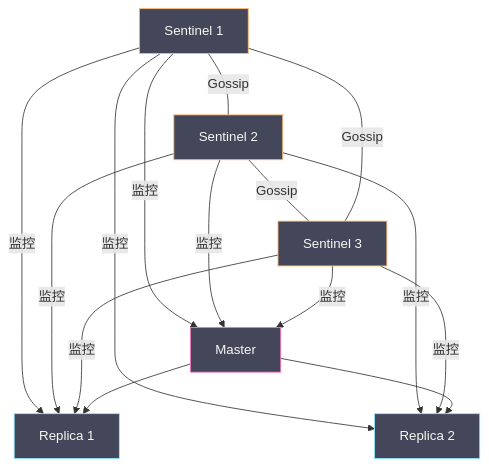
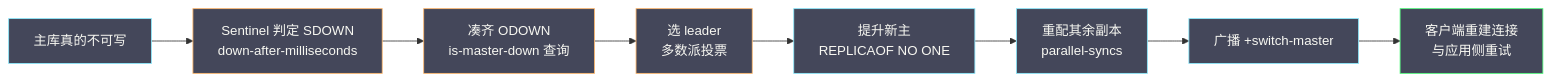
The fifth of 6 diagrams in content/中间件/Redis/Redis设计与实现/09 主从复制与 Sentinel 高可用.md (hpliStartAgain/my-brain), drawn with Mermaid before and after one commit. The commit also changed other lines of this file and 455 other files, not shown here.

````diff
--- a/content/中间件/Redis/Redis设计与实现/09 主从复制与 Sentinel 高可用.md
+++ b/content/中间件/Redis/Redis设计与实现/09 主从复制与 Sentinel 高可用.md
@@ -230,30 +462,18 @@
 ```mermaid
 %%{init: {'theme': 'dracula'}}%%
-graph TD
-    S1["Sentinel 1"] ---|"Gossip"| S2["Sentinel 2"]
-    S2 ---|"Gossip"| S3["Sentinel 3"]
-    S1 ---|"Gossip"| S3
+flowchart LR
+    A["主库真的不可写"] --> B["Sentinel 判定 SDOWN<br/>down-after-milliseconds"]
+    B --> C["凑齐 ODOWN<br/>is-master-down 查询"]
+    C --> D["选 leader<br/>多数派投票"]
+    D --> E["提升新主<br/>REPLICAOF NO ONE"]
+    E --> F["重配其余副本<br/>parallel-syncs"]
+    F --> G["广播 +switch-master"]
+    G --> H["客户端重建连接<br/>与应用侧重试"]
 
-    S1 -->|"监控"| M["Master"]
-    S2 -->|"监控"| M
-    S3 -->|"监控"| M
-
-    S1 -->|"监控"| R1["Replica 1"]
-    S2 -->|"监控"| R1
-    S3 -->|"监控"| R1
-
-    S1 -->|"监控"| R2["Replica 2"]
-    S2 -->|"监控"| R2
-    S3 -->|"监控"| R2
-
-    M --> R1
-    M --> R2
-
-    classDef sentinel fill:#44475a,stroke:#ffb86c,color:#f8f8f2
-    classDef master fill:#44475a,stroke:#ff79c6,color:#f8f8f2
-    classDef replica fill:#44475a,stroke:#8be9fd,color:#f8f8f2
-
-    class S1,S2,S3 sentinel
-    class M master
-    class R1,R2 replica
+    classDef sent fill:#44475a,stroke:#ffb86c,color:#f8f8f2
+    classDef redis fill:#44475a,stroke:#8be9fd,color:#f8f8f2
+    classDef app fill:#44475a,stroke:#50fa7b,color:#f8f8f2
+    class B,C,D sent
+    class A,E,F,G redis
+    class H app
 ```
````
